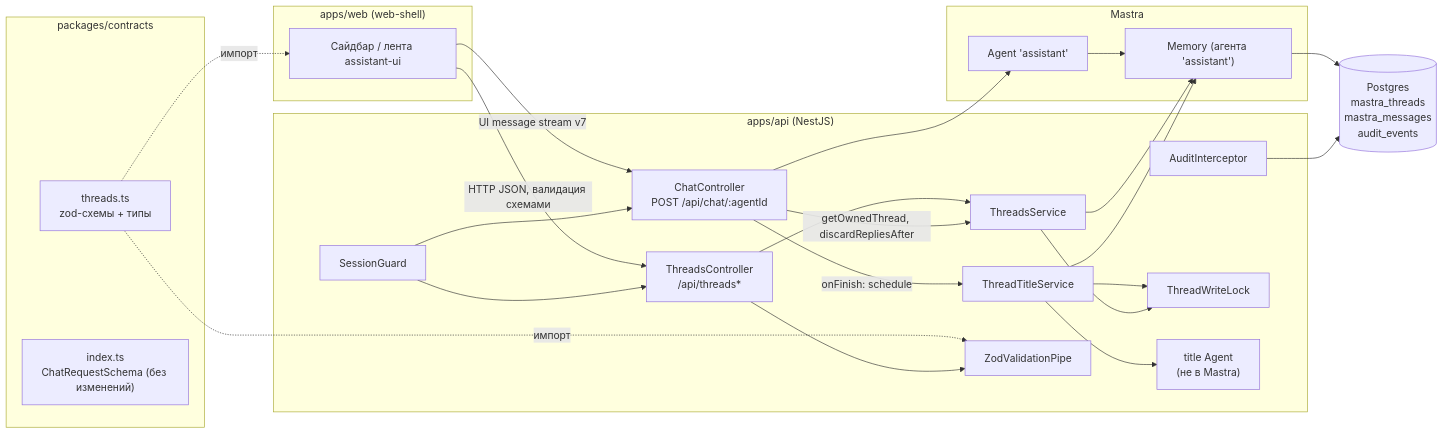
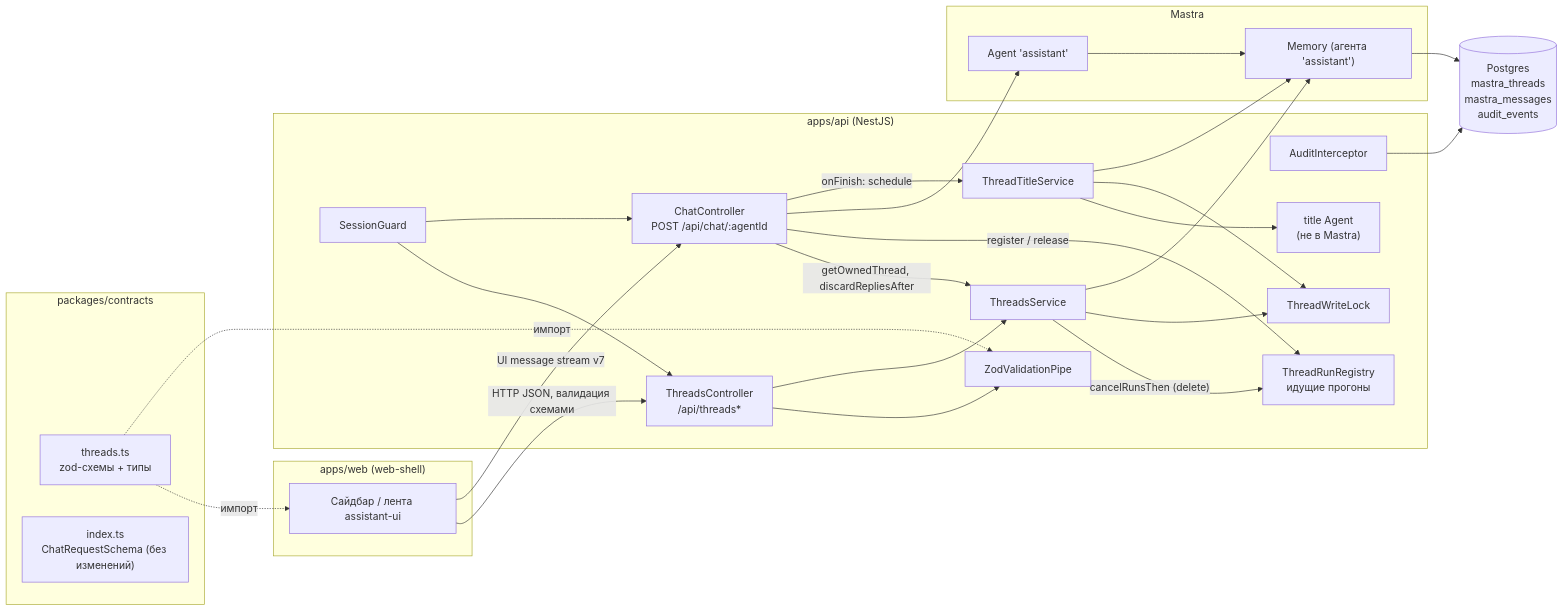
Before and after one commit to tundraray/agent-os: the first of 5 diagrams in docs/features/chat-shell/design-threads-api.md, drawn with Mermaid. The commit also changed other lines of this file and 17 other files, not shown here.

````diff
--- a/docs/features/chat-shell/design-threads-api.md
+++ b/docs/features/chat-shell/design-threads-api.md
@@ -668,46 +751,49 @@
 ```mermaid
 graph LR
     subgraph Web["apps/web (web-shell)"]
         UI[Сайдбар / лента assistant-ui]
     end
     subgraph Contracts["packages/contracts"]
         CS["threads.ts<br/>zod-схемы + типы"]
         CR["index.ts<br/>ChatRequestSchema (без изменений)"]
     end
     subgraph Api["apps/api (NestJS)"]
         SG[SessionGuard]
         AI[AuditInterceptor]
         TC["ThreadsController<br/>/api/threads*"]
         CC["ChatController<br/>POST /api/chat/:agentId"]
         TS[ThreadsService]
         TT[ThreadTitleService]
         WL[ThreadWriteLock]
+        RR["ThreadRunRegistry<br/>идущие прогоны"]
         ZP[ZodValidationPipe]
         TA["title Agent<br/>(не в Mastra)"]
     end
     subgraph Mastra["Mastra"]
         AG["Agent 'assistant'"]
         MEM["Memory (агента 'assistant')"]
     end
     PG[("Postgres<br/>mastra_threads<br/>mastra_messages<br/>audit_events")]
 
     UI -- "HTTP JSON, валидация схемами" --> TC
     UI -- "UI message stream v7" --> CC
     CS -. импорт .-> UI
     CS -. импорт .-> ZP
     SG --> TC
     SG --> CC
     TC --> ZP
     TC --> TS
     CC -- "getOwnedThread, discardRepliesAfter" --> TS
+    CC -- "register / release" --> RR
+    TS -- "cancelRunsThen (delete)" --> RR
     CC --> AG
     CC -- "onFinish: schedule" --> TT
     TT --> TA
     TT --> WL
     TS --> WL
     TS --> MEM
     TT --> MEM
     AG --> MEM
     MEM --> PG
     AI --> PG
 ```
````
